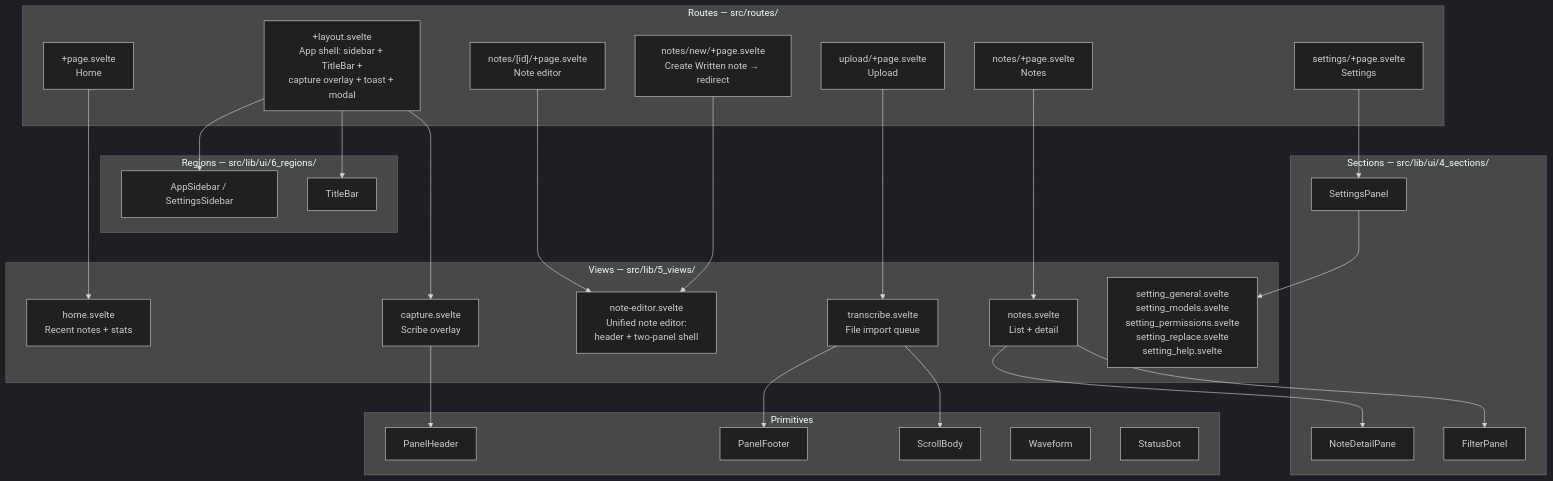
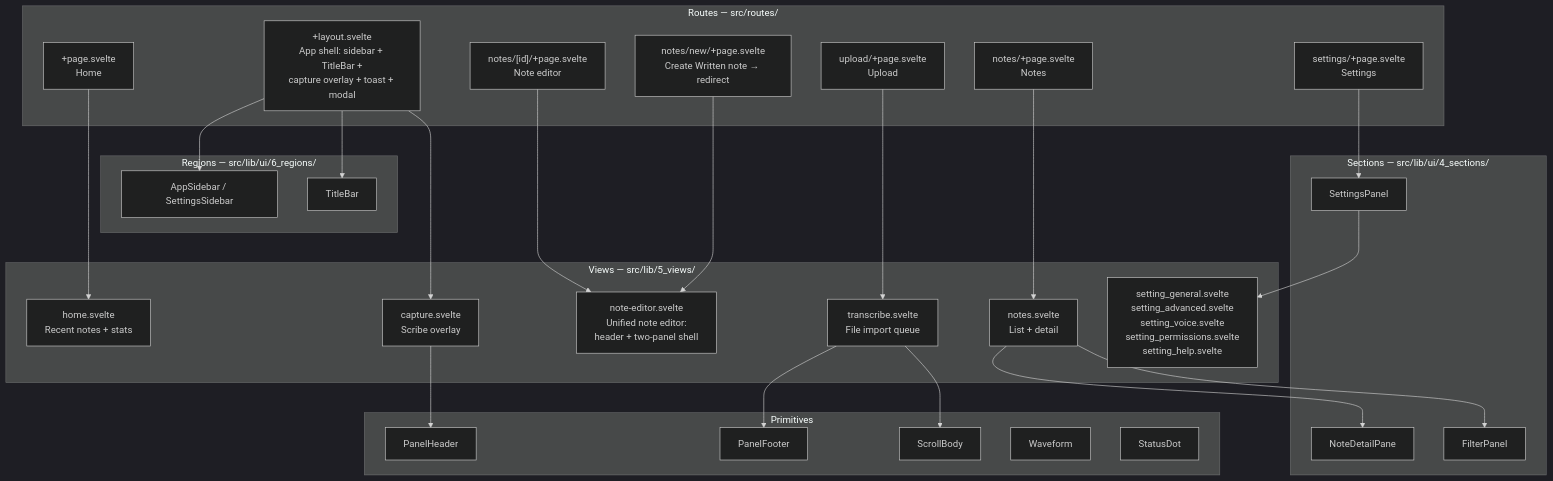
One commit to Lenniott/scribeFloat changed the third of 12 diagrams in docs/architecture.md. Above: the diagram before and after it, drawn with Mermaid (dark theme). The commit also changed other lines of this file and 3 other files, not shown here.

First line of the commit message:
docs: reflect settings simplification in architecture and flows

````diff
--- a/docs/architecture.md
+++ b/docs/architecture.md
@@ -185,56 +185,56 @@
 ```mermaid
 graph TB
     subgraph routes["Routes — src/routes/"]
         layout["+layout.svelte\nApp shell: sidebar + TitleBar +\ncapture overlay + toast + modal"]
         home_r["+page.svelte\nHome"]
         notes_r["notes/+page.svelte\nNotes"]
         notes_new_r["notes/new/+page.svelte\nCreate Written note → redirect"]
         notes_id_r["notes/[id]/+page.svelte\nNote editor"]
         upload_r["upload/+page.svelte\nUpload"]
         settings_r["settings/+page.svelte\nSettings"]
     end
 
     subgraph views["Views — src/lib/5_views/"]
         home_v["home.svelte\nRecent notes + stats"]
         notes_v["notes.svelte\nList + detail"]
         note_editor_v["note-editor.svelte\nUnified note editor:\nheader + two-panel shell"]
         capture_v["capture.svelte\nScribe overlay"]
         transcribe_v["transcribe.svelte\nFile import queue"]
-        setting_tabs["setting_general.svelte\nsetting_models.svelte\nsetting_permissions.svelte\nsetting_replace.svelte\nsetting_help.svelte"]
+        setting_tabs["setting_general.svelte\nsetting_advanced.svelte\nsetting_voice.svelte\nsetting_permissions.svelte\nsetting_help.svelte"]
     end
 
     subgraph regions["Regions — src/lib/ui/6_regions/"]
         sidebar["AppSidebar / SettingsSidebar"]
         titlebar["TitleBar"]
     end
 
     subgraph sections["Sections — src/lib/ui/4_sections/"]
         detail_pane["NoteDetailPane"]
         settings_panel["SettingsPanel"]
         filter_panel["FilterPanel"]
     end
 
     subgraph primitives["Primitives"]
         panel_header["PanelHeader"]
         panel_footer["PanelFooter"]
         scroll_body["ScrollBody"]
         waveform["Waveform"]
         status_dot["StatusDot"]
     end
 
     layout --> sidebar
     layout --> titlebar
     layout --> capture_v
     home_r --> home_v
     notes_r --> notes_v
     notes_new_r --> note_editor_v
     notes_id_r --> note_editor_v
     upload_r --> transcribe_v
     settings_r --> settings_panel
     notes_v --> detail_pane
     notes_v --> filter_panel
     settings_panel --> setting_tabs
     capture_v --> panel_header
     transcribe_v --> scroll_body
     transcribe_v --> panel_footer
 ```
````
